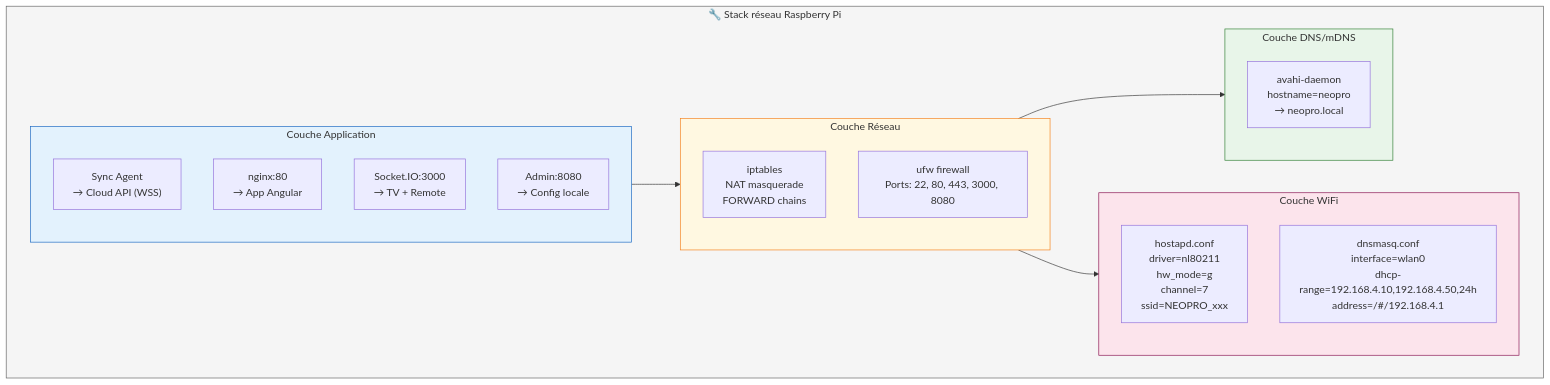
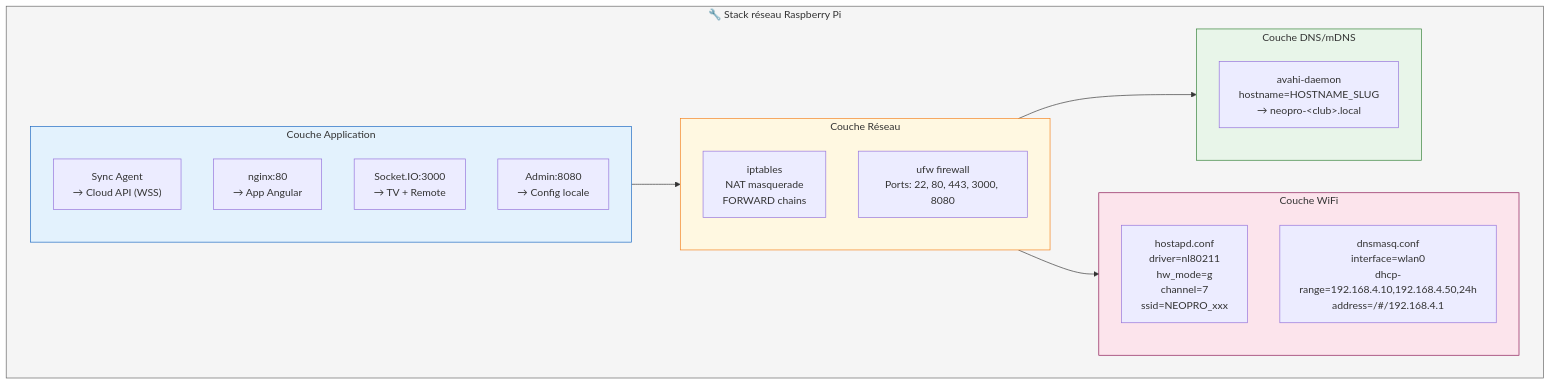
Before and after one commit to Tallec7/madxp: the fifth of 8 diagrams in docs/technical/diagrams/08-network-topology.md, drawn with Mermaid. The commit also changed 20 other files, not shown here.

First line of the commit message:
feat(hostname): dynamic Pi hostname derived from club_name

````diff
--- a/docs/technical/diagrams/08-network-topology.md
+++ b/docs/technical/diagrams/08-network-topology.md
@@ -147,35 +147,35 @@
 ```mermaid
 graph TB
     subgraph NETWORK_STACK["🔧 Stack réseau Raspberry Pi"]
         subgraph LAYER_APP["Couche Application"]
             SYNC["Sync Agent<br/>→ Cloud API (WSS)"]
             NGINX["nginx:80<br/>→ App Angular"]
             SOCKET_SRV["Socket.IO:3000<br/>→ TV + Remote"]
             ADMIN_SRV["Admin:8080<br/>→ Config locale"]
         end
 
         subgraph LAYER_NET["Couche Réseau"]
             IPTABLES["iptables<br/>NAT masquerade<br/>FORWARD chains"]
             UFW["ufw firewall<br/>Ports: 22, 80, 443, 3000, 8080"]
         end
 
         subgraph LAYER_WIFI["Couche WiFi"]
             HOSTAPD_CFG["hostapd.conf<br/>driver=nl80211<br/>hw_mode=g<br/>channel=7<br/>ssid=NEOPRO_xxx"]
             DNSMASQ_CFG["dnsmasq.conf<br/>interface=wlan0<br/>dhcp-range=192.168.4.10,192.168.4.50,24h<br/>address=/#/192.168.4.1"]
         end
 
         subgraph LAYER_DNS["Couche DNS/mDNS"]
-            AVAHI_CFG["avahi-daemon<br/>hostname=neopro<br/>→ neopro.local"]
+            AVAHI_CFG["avahi-daemon<br/>hostname=HOSTNAME_SLUG<br/>→ neopro-&lt;club&gt;.local"]
         end
     end
 
     LAYER_APP --> LAYER_NET
     LAYER_NET --> LAYER_WIFI
     LAYER_NET --> LAYER_DNS
 
     style NETWORK_STACK fill:#f5f5f5,stroke:#616161
     style LAYER_APP fill:#e3f2fd,stroke:#1565C0
     style LAYER_NET fill:#fff8e1,stroke:#F57F17
     style LAYER_WIFI fill:#fce4ec,stroke:#880E4F
     style LAYER_DNS fill:#e8f5e9,stroke:#2E7D32
 ```
````
